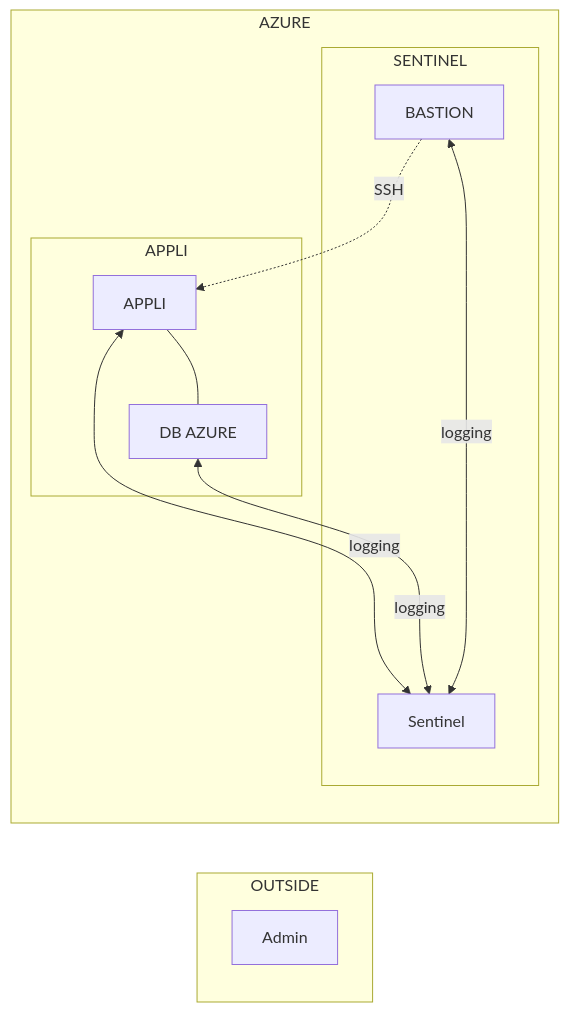
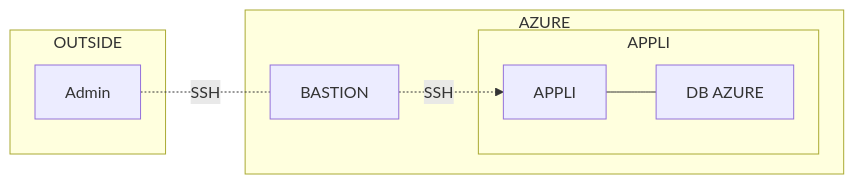
Before and after one commit to b-quentin/simplon_brief3: the diagram in DOC/shema_alain.md, drawn with Mermaid.

````diff
--- a/DOC/shema_alain.md
+++ b/DOC/shema_alain.md
@@ -1,21 +1,16 @@
 ```mermaid
 flowchart LR
 subgraph OUTSIDE
 A[Admin]
 end
+A -. SSH-.- B
 subgraph AZURE
     B[BASTION]
     B-.SSH-.->C
     C---D
     subgraph APPLI
     C[APPLI]
     D[DB AZURE]
     end
-    subgraph SENTINEL
-        E[Sentinel]
-        C <-- logging --->E
-        D <-- logging --->E
-        B <-- logging --->E
-    end
 end
 ```
````
